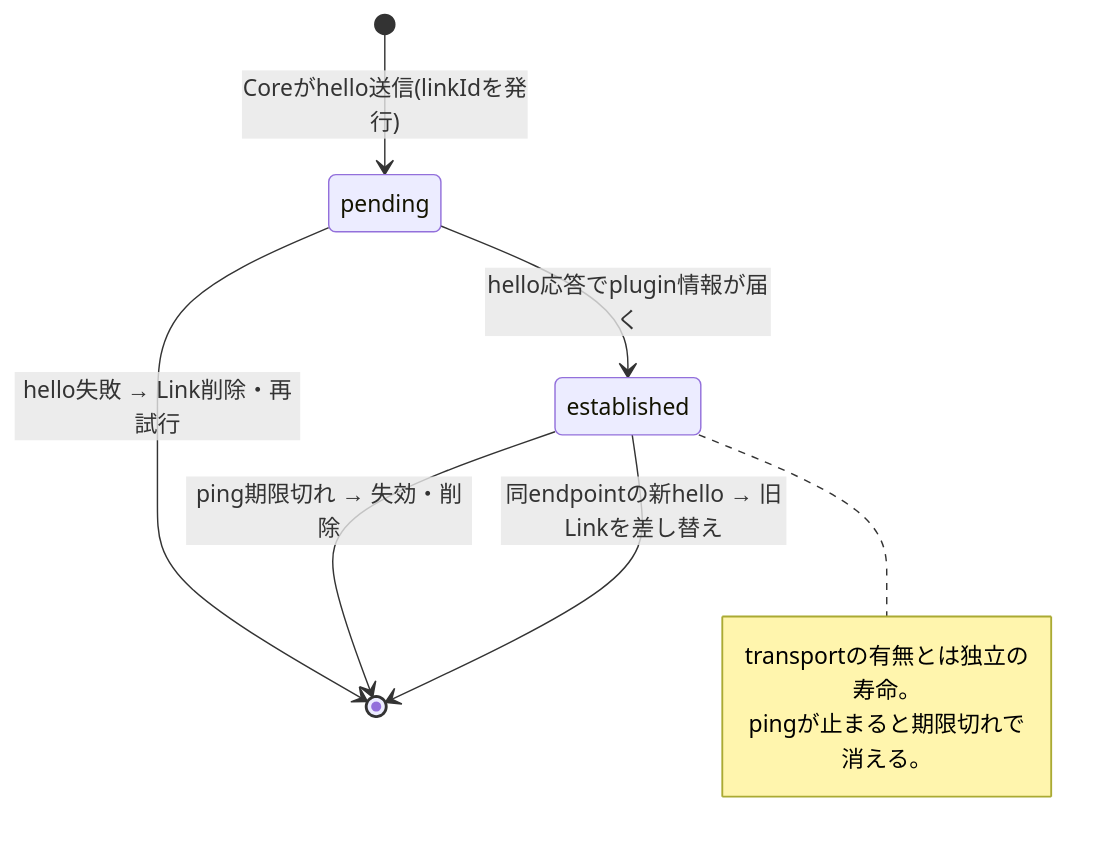
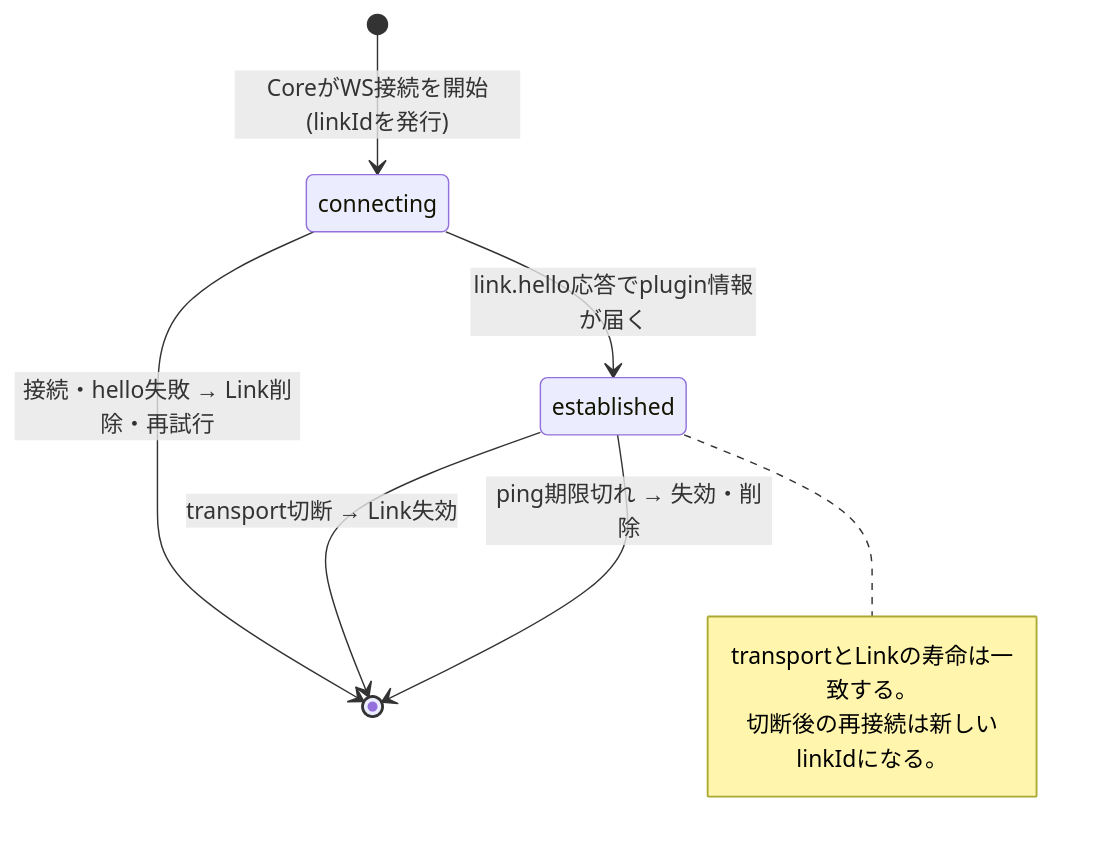
The first of 2 diagrams in docs/contracts/00001-core-plugin-transport.md (naatin777/plugumi), drawn with Mermaid before and after one commit. The commit also changed other lines of this file and 30 other files, not shown here.

````diff
--- a/docs/contracts/00001-core-plugin-transport.md
+++ b/docs/contracts/00001-core-plugin-transport.md
@@ -77,12 +79,12 @@
 ```mermaid
 stateDiagram-v2
-    [*] --> pending: Coreがhello送信(linkIdを発行)
-    pending --> established: hello応答でplugin情報が届く
-    pending --> [*]: hello失敗 → Link削除・再試行
+    [*] --> connecting: CoreがWS接続を開始(linkIdを発行)
+    connecting --> established: link.hello応答でplugin情報が届く
+    connecting --> [*]: 接続・hello失敗 → Link削除・再試行
+    established --> [*]: transport切断 → Link失効
     established --> [*]: ping期限切れ → 失効・削除
-    established --> [*]: 同endpointの新hello → 旧Linkを差し替え
     note right of established
-        transportの有無とは独立の寿命。
-        pingが止まると期限切れで消える。
+        transportとLinkの寿命は一致する。
+        切断後の再接続は新しいlinkIdになる。
     end note
 ```
````
